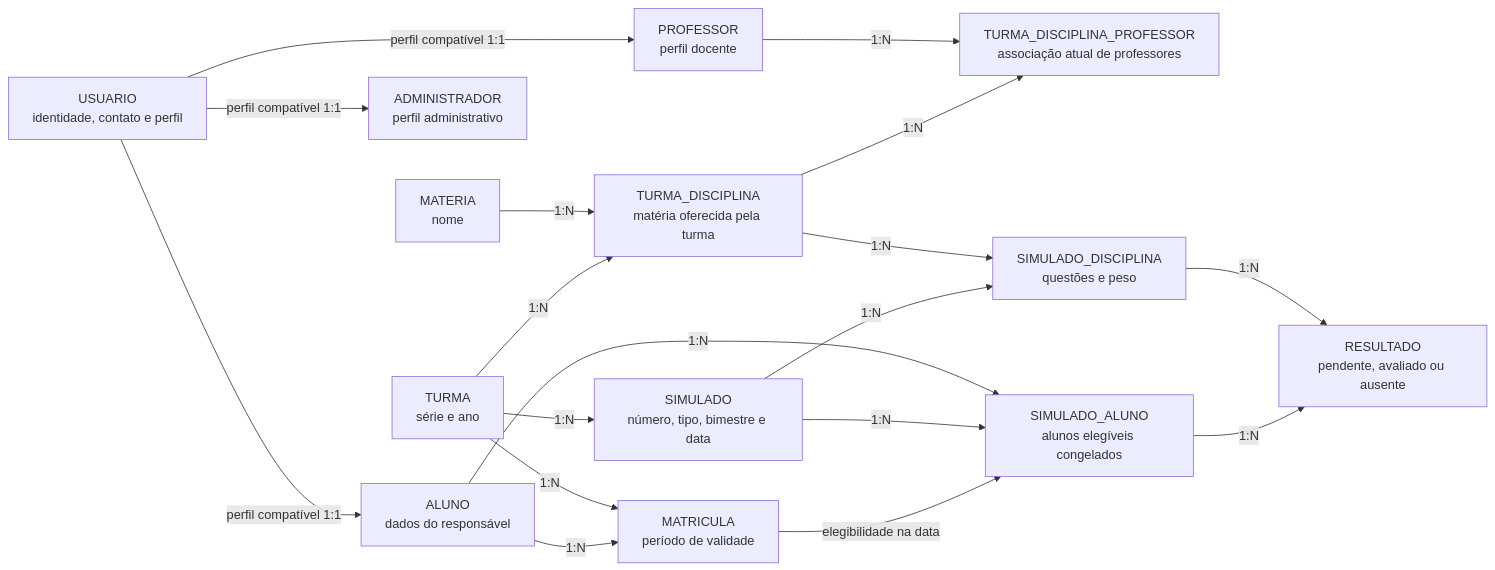
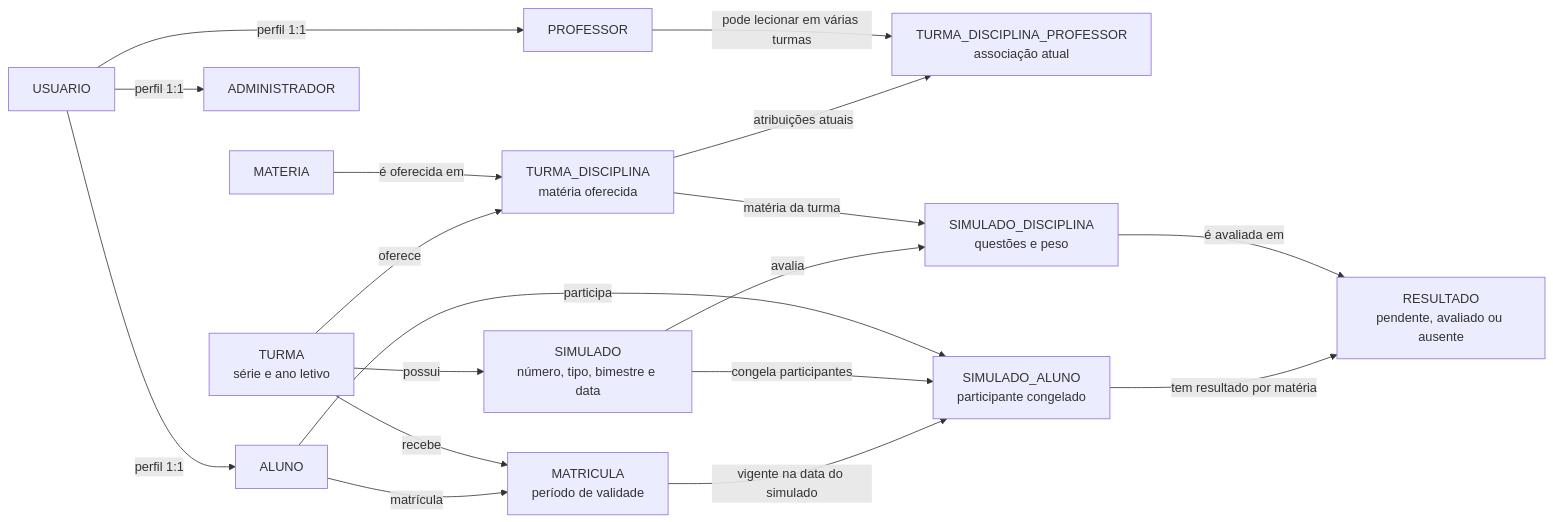
One commit to NotasMAX/Documentacao changed the first of 3 diagrams in README.md. Above: the diagram before and after it, drawn with Mermaid. The commit also changed other lines of this file and 2 other files, not shown here.

````diff
--- a/README.md
+++ b/README.md
@@ -412,34 +407,34 @@
-```mermaid
+~~~mermaid
 flowchart LR
-    U["USUARIO<br/>identidade, contato e perfil"]
-    A["ALUNO<br/>dados do responsável"]
-    P["PROFESSOR<br/>perfil docente"]
-    AD["ADMINISTRADOR<br/>perfil administrativo"]
+    U["USUARIO"]
+    A["ALUNO"]
+    P["PROFESSOR"]
+    AD["ADMINISTRADOR"]
     M["MATRICULA<br/>período de validade"]
-    T["TURMA<br/>série e ano"]
-    MT["MATERIA<br/>nome"]
-    TD["TURMA_DISCIPLINA<br/>matéria oferecida pela turma"]
-    TDP["TURMA_DISCIPLINA_PROFESSOR<br/>associação atual de professores"]
+    T["TURMA<br/>série e ano letivo"]
+    MT["MATERIA"]
+    TD["TURMA_DISCIPLINA<br/>matéria oferecida"]
+    TDP["TURMA_DISCIPLINA_PROFESSOR<br/>associação atual"]
     S["SIMULADO<br/>número, tipo, bimestre e data"]
     SD["SIMULADO_DISCIPLINA<br/>questões e peso"]
-    SA["SIMULADO_ALUNO<br/>alunos elegíveis congelados"]
+    SA["SIMULADO_ALUNO<br/>participante congelado"]
     R["RESULTADO<br/>pendente, avaliado ou ausente"]
 
-    U -->|"perfil compatível 1:1"| A
-    U -->|"perfil compatível 1:1"| P
-    U -->|"perfil compatível 1:1"| AD
-    A -->|"1:N"| M
-    T -->|"1:N"| M
-    T -->|"1:N"| TD
-    MT -->|"1:N"| TD
-    TD -->|"1:N"| TDP
-    P -->|"1:N"| TDP
-    T -->|"1:N"| S
-    S -->|"1:N"| SD
-    TD -->|"1:N"| SD
-    M -->|"elegibilidade na data"| SA
-    S -->|"1:N"| SA
-    A -->|"1:N"| SA
-    SA -->|"1:N"| R
-    SD -->|"1:N"| R
-```
+    U -->|"perfil 1:1"| A
+    U -->|"perfil 1:1"| P
+    U -->|"perfil 1:1"| AD
+    A -->|"matrícula"| M
+    T -->|"recebe"| M
+    T -->|"oferece"| TD
+    MT -->|"é oferecida em"| TD
+    TD -->|"atribuições atuais"| TDP
+    P -->|"pode lecionar em várias turmas"| TDP
+    T -->|"possui"| S
+    S -->|"avalia"| SD
+    TD -->|"matéria da turma"| SD
+    M -->|"vigente na data do simulado"| SA
+    S -->|"congela participantes"| SA
+    A -->|"participa"| SA
+    SA -->|"tem resultado por matéria"| R
+    SD -->|"é avaliada em"| R
+~~~
````
